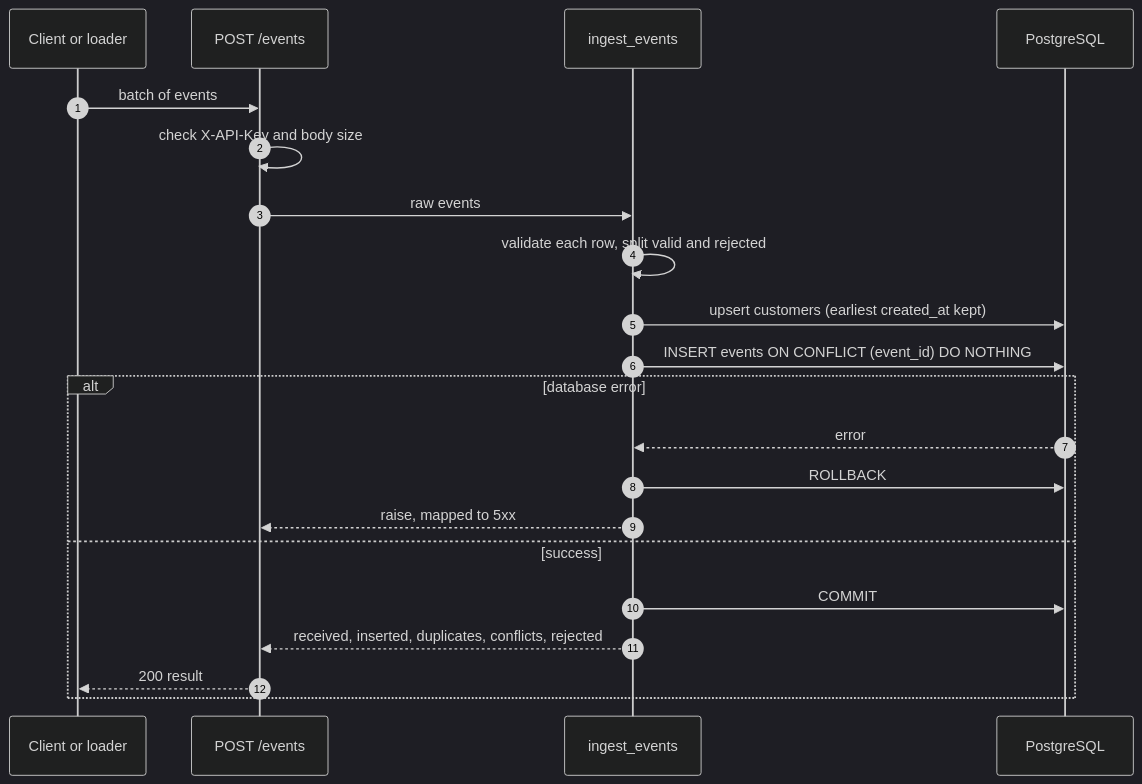
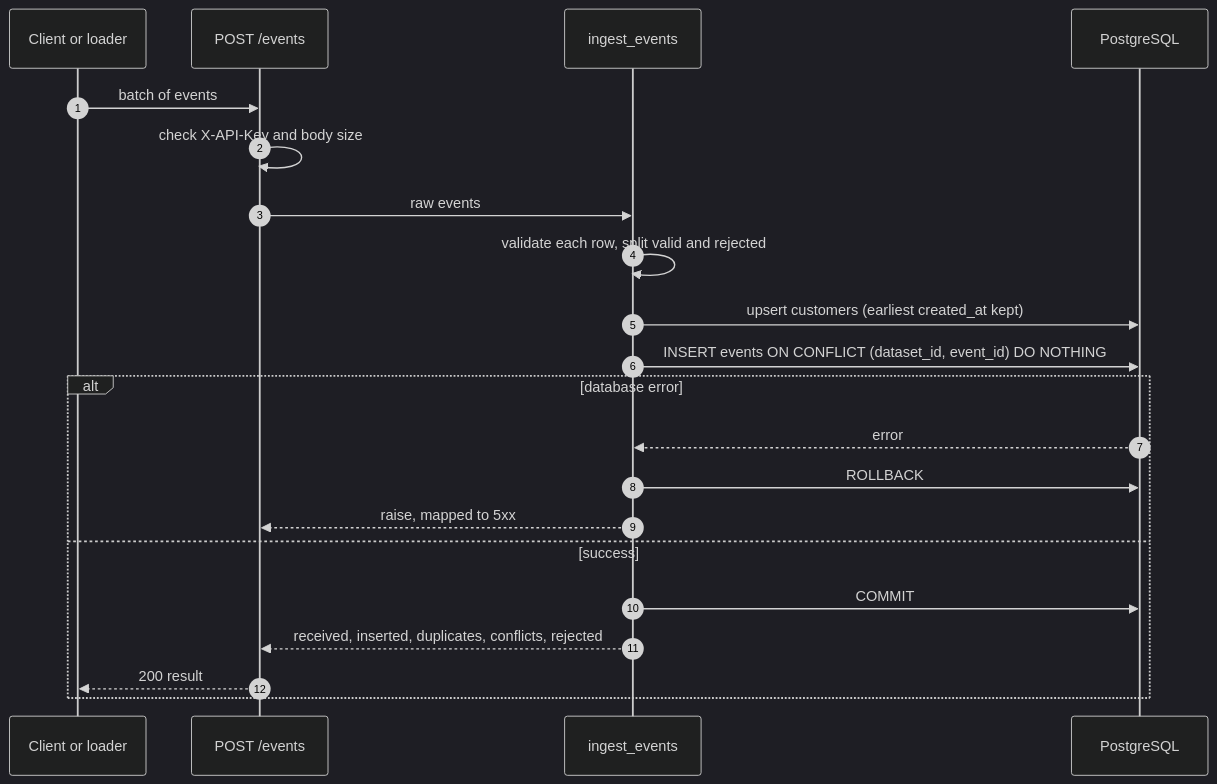
Before and after one commit to yashdiwan12/Churnscope: the fourth of 7 diagrams in docs/04-request-flows.md, drawn with Mermaid (dark theme). The commit also changed other lines of this file and 16 other files, not shown here.

````diff
--- a/docs/04-request-flows.md
+++ b/docs/04-request-flows.md
@@ -96,23 +96,23 @@
 ```mermaid
 sequenceDiagram
     autonumber
     participant C as Client or loader
     participant R as POST /events
     participant SV as ingest_events
     participant DB as PostgreSQL
     C->>R: batch of events
     R->>R: check X-API-Key and body size
     R->>SV: raw events
     SV->>SV: validate each row, split valid and rejected
     SV->>DB: upsert customers (earliest created_at kept)
-    SV->>DB: INSERT events ON CONFLICT (event_id) DO NOTHING
+    SV->>DB: INSERT events ON CONFLICT (dataset_id, event_id) DO NOTHING
     alt database error
         DB-->>SV: error
         SV->>DB: ROLLBACK
         SV-->>R: raise, mapped to 5xx
     else success
         SV->>DB: COMMIT
         SV-->>R: received, inserted, duplicates, conflicts, rejected
         R-->>C: 200 result
     end
 ```
````
